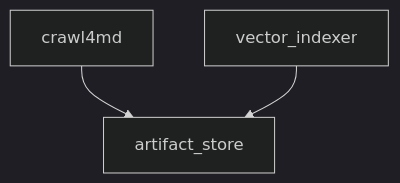
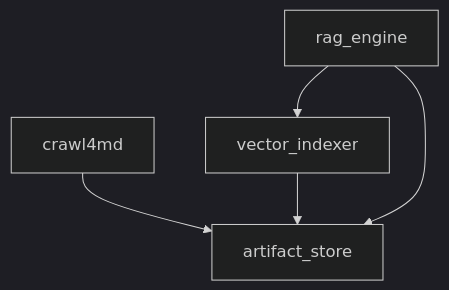
One commit to prakosd/rag-playground changed the diagram in README.md. Above: the diagram before and after it, drawn with Mermaid (dark theme). The commit also changed other lines of this file and 65 other files, not shown here.

First line of the commit message:
Implement retrieval-augmented generation (RAG) engine with echo model fallback

````diff
--- a/README.md
+++ b/README.md
@@ -118,5 +125,7 @@
 ```mermaid
 graph TD
     crawl4md --> artifact_store
     vector_indexer --> artifact_store
+    rag_engine --> vector_indexer
+    rag_engine --> artifact_store
 ```
````
